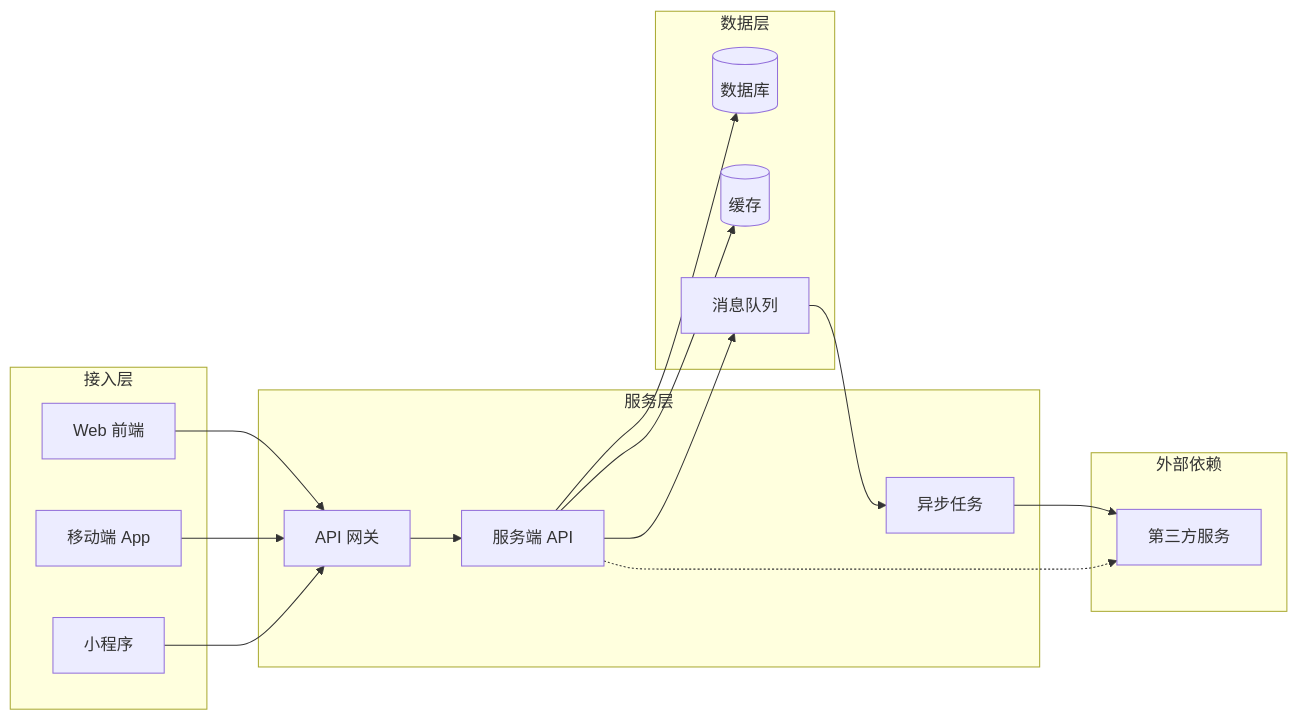
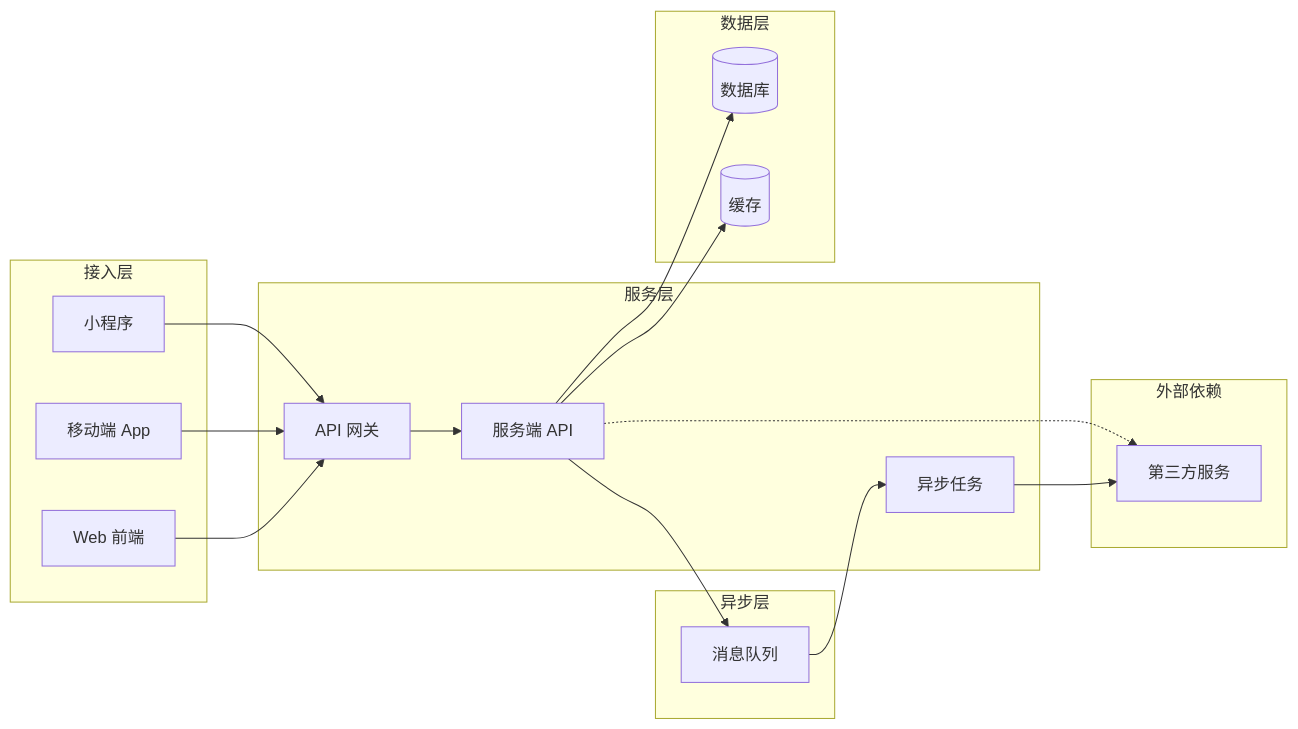
Before and after one commit to AI-PM-Wiki/AIPM: the first of 2 diagrams in docs/tech/architecture.md, drawn with Mermaid. The commit also changed other lines of this file and 248 other files, not shown here.

````diff
--- a/docs/tech/architecture.md
+++ b/docs/tech/architecture.md
@@ -13,31 +13,33 @@
 ```mermaid
 flowchart LR
     subgraph access["接入层"]
         web[Web 前端]
         app[移动端 App]
         mini[小程序]
     end
     subgraph service["服务层"]
         gateway[API 网关]
         api[服务端 API]
         worker[异步任务]
     end
+    subgraph async["异步层"]
+        mq[消息队列]
+    end
     subgraph data["数据层"]
         db[(数据库)]
         cache[(缓存)]
-        mq[消息队列]
     end
     subgraph external["外部依赖"]
         third[第三方服务]
     end
     web --> gateway
     app --> gateway
     mini --> gateway
     gateway --> api
     api --> db
     api --> cache
     api --> mq
     mq --> worker
     worker --> third
     api -.-> third
 ```
````
